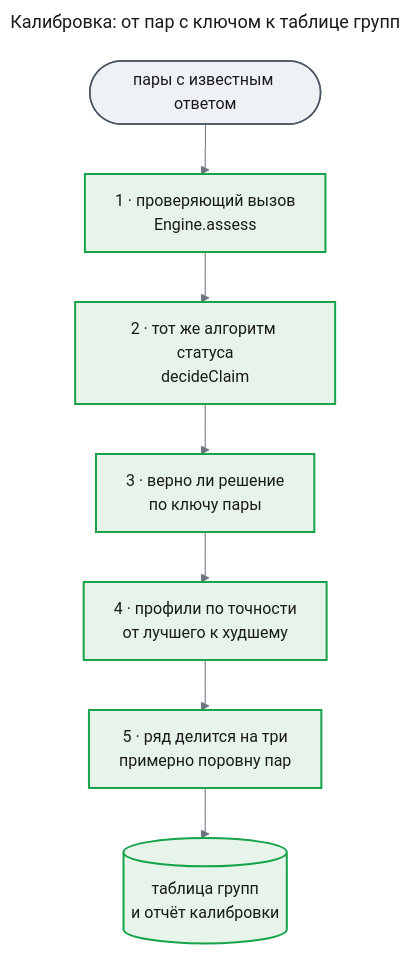
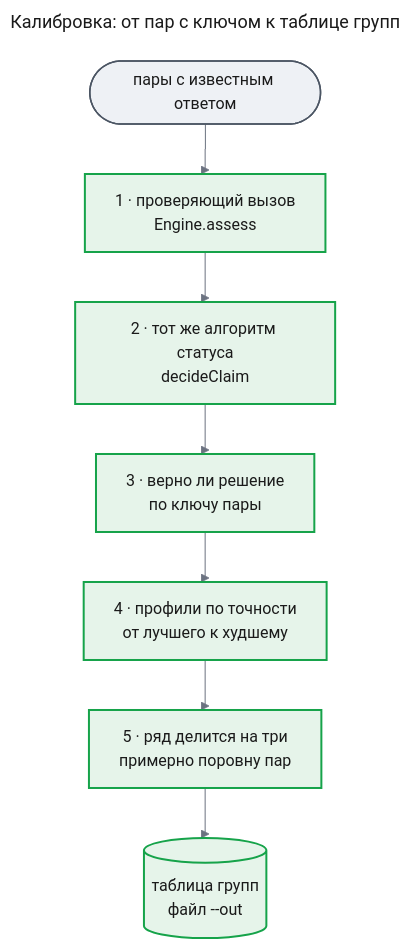
Before and after one commit to tundraray/agent-os: the ninth of 19 diagrams in docs/features/agent-quality/design-engine.md, drawn with Mermaid. The commit also changed other lines of this file and 1 other file, not shown here.

````diff
--- a/docs/features/agent-quality/design-engine.md
+++ b/docs/features/agent-quality/design-engine.md
@@ -668,28 +669,28 @@
 ```mermaid
 ---
 title: "Калибровка: от пар с ключом к таблице групп"
 config:
   theme: base
   look: classic
   themeVariables:
     primaryColor: "#eef1f5"
     primaryBorderColor: "#4b5563"
     primaryTextColor: "#1a1a1a"
     lineColor: "#6b7280"
   flowchart:
     curve: step
 ---
 flowchart TB
     pairs(["пары с известным ответом"])
     chk["1 · проверяющий вызов<br/>Engine.assess"]
     dec["2 · тот же алгоритм статуса<br/>decideClaim"]
     cmp["3 · верно ли решение<br/>по ключу пары"]
     ord["4 · профили по точности<br/>от лучшего к худшему"]
     cut["5 · ряд делится на три<br/>примерно поровну пар"]
-    out[("таблица групп<br/>и отчёт калибровки")]
+    out[("таблица групп<br/>файл --out")]
     pairs --> chk --> dec --> cmp --> ord --> cut --> out
     classDef new fill:#e6f4ea,stroke:#16a34a,stroke-width:2px,color:#1a1a1a
     classDef unchanged fill:#eef1f5,stroke:#4b5563,stroke-width:1.5px,color:#1a1a1a
     class chk,dec,cmp,ord,cut,out new
     class pairs unchanged
 ```
````
